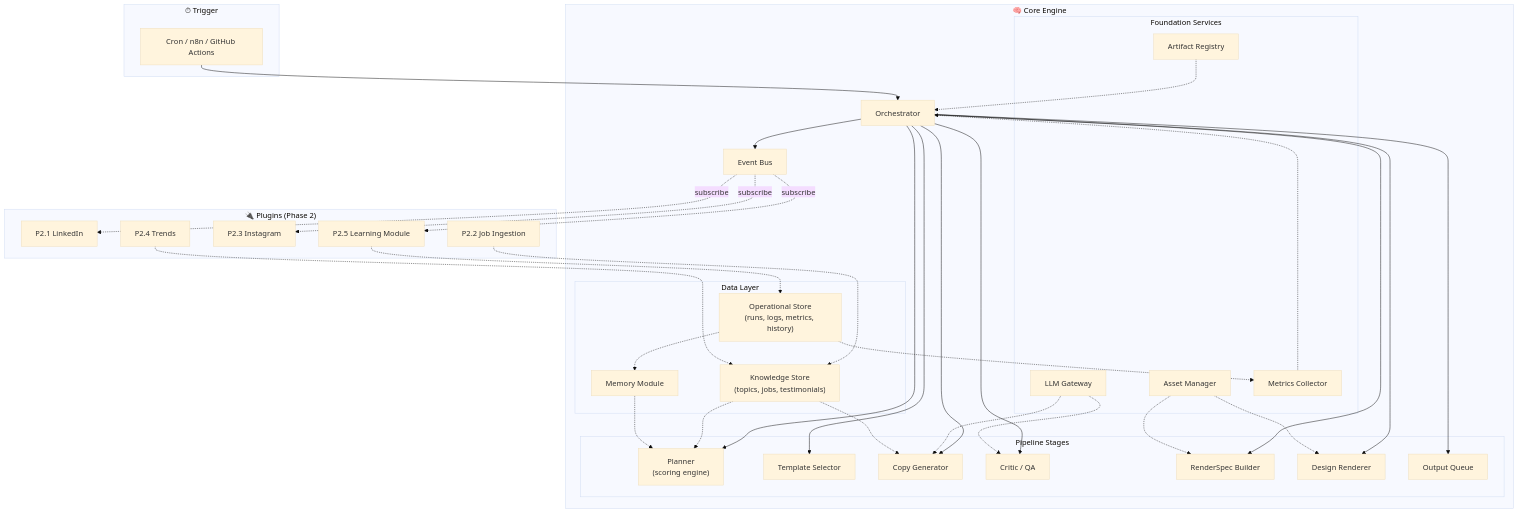
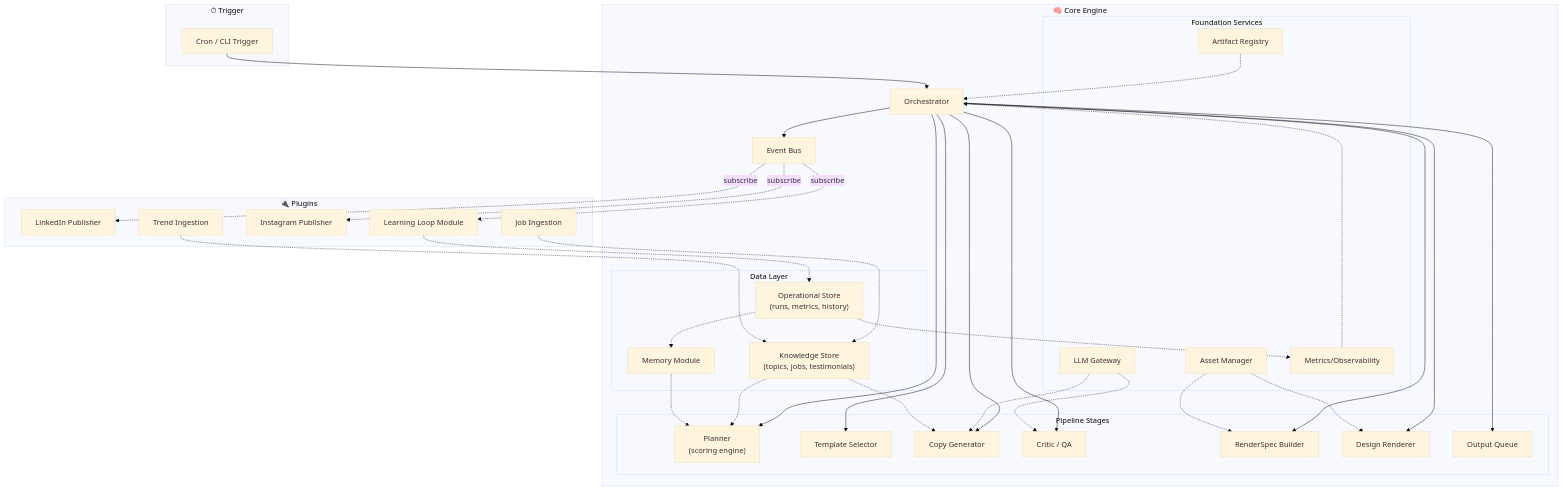
One commit to Fumer057/AI-AUTOMATION-JOBINGEN changed the diagram in README.md. Above: the diagram before and after it, drawn with Mermaid (base theme). The commit also changed other lines of this file, not shown here.

````diff
--- a/README.md
+++ b/README.md
@@ -31,73 +53,73 @@
 ```mermaid
 graph TD
     subgraph "⏱ Trigger"
-        CRON["Cron / n8n / GitHub Actions"]
+        CRON["Cron / CLI Trigger"]
     end
 
     subgraph "🧠 Core Engine"
         ORCH["Orchestrator"]
         BUS["Event Bus"]
 
         subgraph "Foundation Services"
             REGISTRY["Artifact Registry"]
             ASSETS["Asset Manager"]
             GATEWAY["LLM Gateway"]
-            OBSERVE["Metrics Collector"]
+            OBSERVE["Metrics/Observability"]
         end
 
         subgraph "Data Layer"
             KNOWLEDGE["Knowledge Store\n(topics, jobs, testimonials)"]
-            OPS["Operational Store\n(runs, logs, metrics, history)"]
+            OPS["Operational Store\n(runs, metrics, history)"]
             MEMORY["Memory Module"]
         end
 
         subgraph "Pipeline Stages"
             PLANNER["Planner\n(scoring engine)"]
             TSELECT["Template Selector"]
             GENERATOR["Copy Generator"]
             CRITIC["Critic / QA"]
             RSBUILD["RenderSpec Builder"]
             RENDERER["Design Renderer"]
             QUEUE["Output Queue"]
         end
     end
 
-    subgraph "🔌 Plugins (Phase 2)"
-        LINKEDIN["P2.1 LinkedIn"]
-        JOBDATA["P2.2 Job Ingestion"]
-        INSTAGRAM["P2.3 Instagram"]
-        TRENDS["P2.4 Trends"]
-        LEARNING["P2.5 Learning Module"]
+    subgraph "🔌 Plugins"
+        LINKEDIN["LinkedIn Publisher"]
+        JOBDATA["Job Ingestion"]
+        INSTAGRAM["Instagram Publisher"]
+        TRENDS["Trend Ingestion"]
+        LEARNING["Learning Loop Module"]
     end
 
     CRON --> ORCH
     ORCH --> PLANNER
     ORCH --> TSELECT
     ORCH --> GENERATOR
     ORCH --> CRITIC
     ORCH --> RSBUILD
     ORCH --> RENDERER
     ORCH --> QUEUE
 
     ORCH --> BUS
     BUS -.->|subscribe| LINKEDIN
     BUS -.->|subscribe| INSTAGRAM
     BUS -.->|subscribe| LEARNING
 
     REGISTRY -.-> ORCH
     ASSETS -.-> RSBUILD
     ASSETS -.-> RENDERER
     GATEWAY -.-> GENERATOR
     GATEWAY -.-> CRITIC
     OBSERVE -.-> ORCH
 
     KNOWLEDGE -.-> PLANNER
     KNOWLEDGE -.-> GENERATOR
     MEMORY -.-> PLANNER
     OPS -.-> MEMORY
     OPS -.-> OBSERVE
 
     JOBDATA -.-> KNOWLEDGE
     TRENDS -.-> KNOWLEDGE
     LEARNING -.-> OPS
 ```
````
